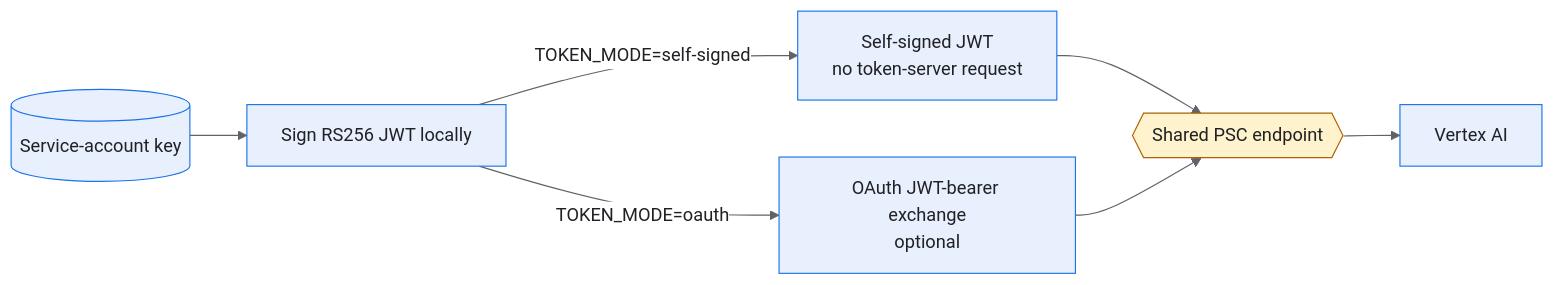
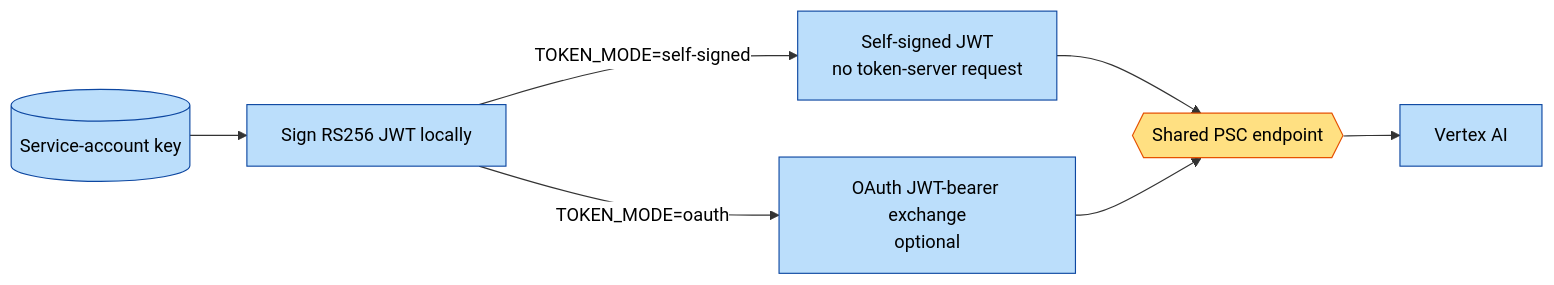
One commit to UttamGiri/GCP-Bootstrap changed the fourth of 4 diagrams in docs/VERTEX-AI-PSC-ONPREM.md. Above: the diagram before and after it, drawn with Mermaid. The commit also changed other lines of this file, not shown here.

First line of the commit message:
Force Mermaid light theme for GitHub dark mode.

````diff
--- a/docs/VERTEX-AI-PSC-ONPREM.md
+++ b/docs/VERTEX-AI-PSC-ONPREM.md
@@ -217,18 +225,18 @@
 ```mermaid
-%%{init: {'theme': 'base', 'themeVariables': {'background': '#ffffff', 'mainBkg': '#ffffff', 'primaryColor': '#e8f0fe', 'primaryTextColor': '#202124', 'primaryBorderColor': '#1a73e8', 'lineColor': '#5f6368', 'textColor': '#202124', 'edgeLabelBackground': '#ffffff'}}}%%
+%%{init: {'theme': 'neutral', 'themeVariables': {'darkMode': false, 'background': '#ffffff', 'primaryTextColor': '#000000', 'textColor': '#000000', 'lineColor': '#333333', 'edgeLabelBackground': '#ffffff'}}}%%
 flowchart LR
     KEY[("Service-account key")]
     SIGN["Sign RS256 JWT locally"]
     SELF["Self-signed JWT<br/>no token-server request"]
     EXCHANGE["OAuth JWT-bearer exchange<br/>optional"]
     PSC{{"Shared PSC endpoint"}}
     VERTEX["Vertex AI"]
     KEY --> SIGN
     SIGN -->|"TOKEN_MODE=self-signed"| SELF --> PSC
     SIGN -->|"TOKEN_MODE=oauth"| EXCHANGE --> PSC
     PSC --> VERTEX
-    classDef node fill:#e8f0fe,stroke:#1a73e8,color:#202124
-    classDef one fill:#fff3cd,stroke:#b06000,color:#202124
+    classDef node fill:#BBDEFB,stroke:#0D47A1,color:#000000
+    classDef one fill:#FFE082,stroke:#E65100,color:#000000
     class KEY,SIGN,SELF,EXCHANGE,VERTEX node
     class PSC one
 ```
````
